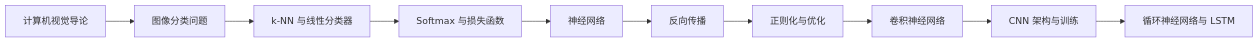
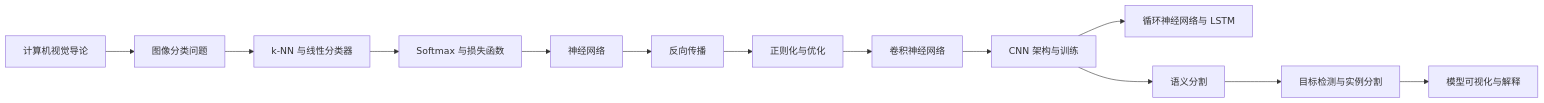
Before and after one commit to schnitzlermandy85-beep/cs231n-notes: the diagram in README.md, drawn with Mermaid. The commit also changed other lines of this file and 12 other files, not shown here.

````diff
--- a/README.md
+++ b/README.md
@@ -36,12 +36,15 @@
 ```mermaid
 flowchart LR
     A[计算机视觉导论] --> B[图像分类问题]
     B --> C[k-NN 与线性分类器]
     C --> D[Softmax 与损失函数]
     D --> E[神经网络]
     E --> F[反向传播]
     F --> G[正则化与优化]
     G --> H[卷积神经网络]
     H --> I[CNN 架构与训练]
     I --> J[循环神经网络与 LSTM]
+    I --> K[语义分割]
+    K --> L[目标检测与实例分割]
+    L --> M[模型可视化与解释]
 ```
````
